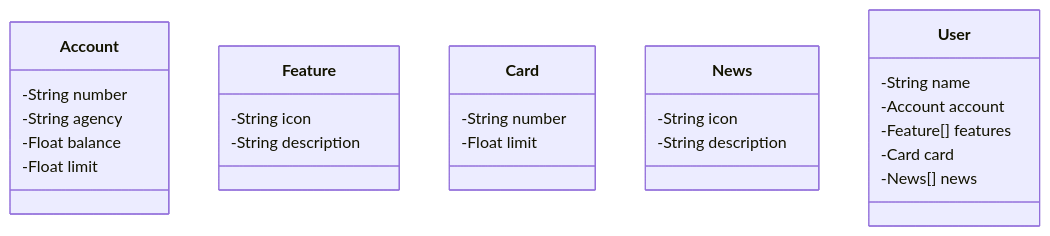
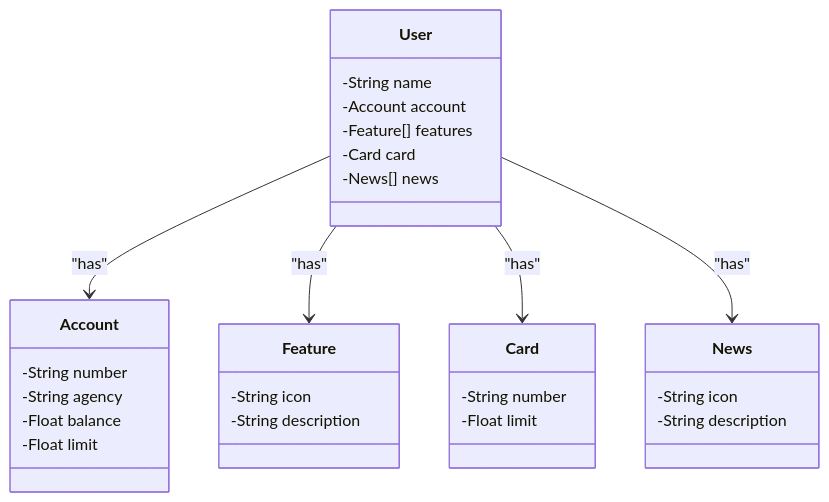
Before and after one commit to marcosynky/api-restful-sistema-bancario: the diagram in README.md, drawn with Mermaid.

````diff
--- a/README.md
+++ b/README.md
@@ -7,36 +7,38 @@
  ```mermaid
 classDiagram
     class Account {
         -String number
         -String agency
         -Float balance
         -Float limit
     }
 
     class Feature {
         -String icon
         -String description
     }
 
     class Card {
         -String number
         -Float limit
     }
 
     class News {
         -String icon
         -String description
     }
 
     class User {
         -String name
         -Account account
         -Feature[] features
         -Card card
         -News[] news
     }
 
-
-
+    User --> Account : "has"
+    User --> Feature : "has"
+    User --> Card : "has"
+    User --> News : "has"
 
 ```
````
